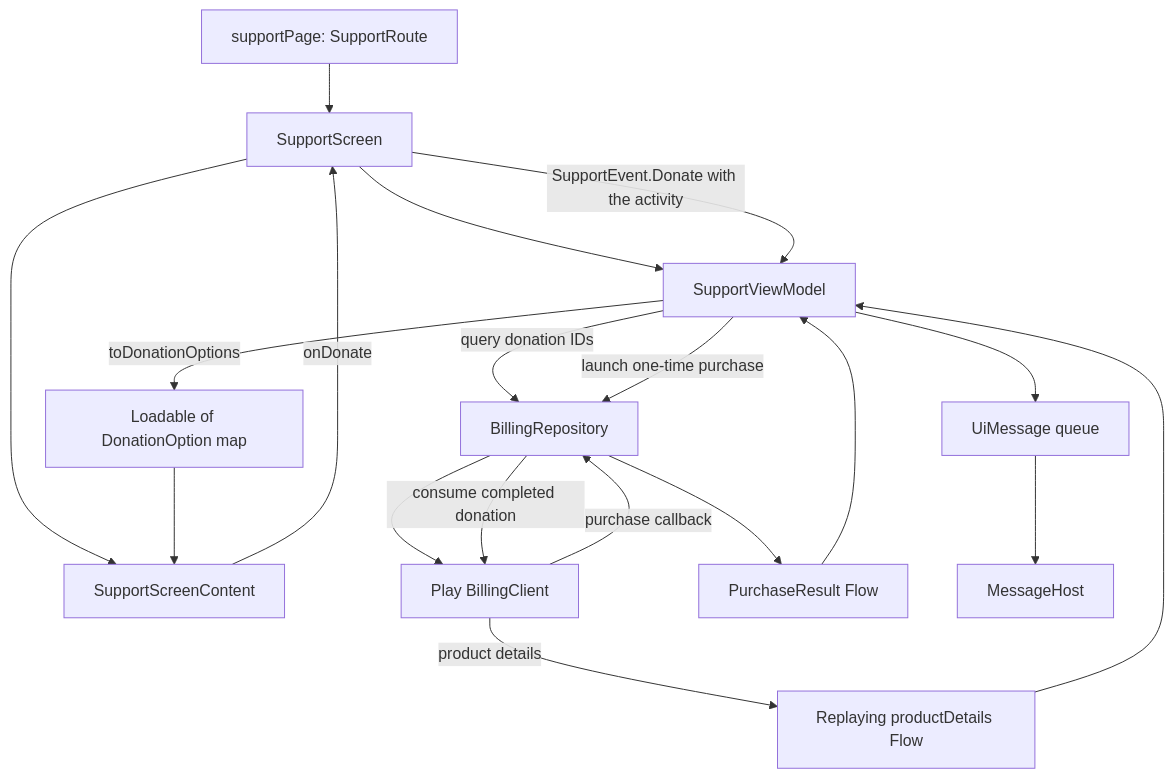
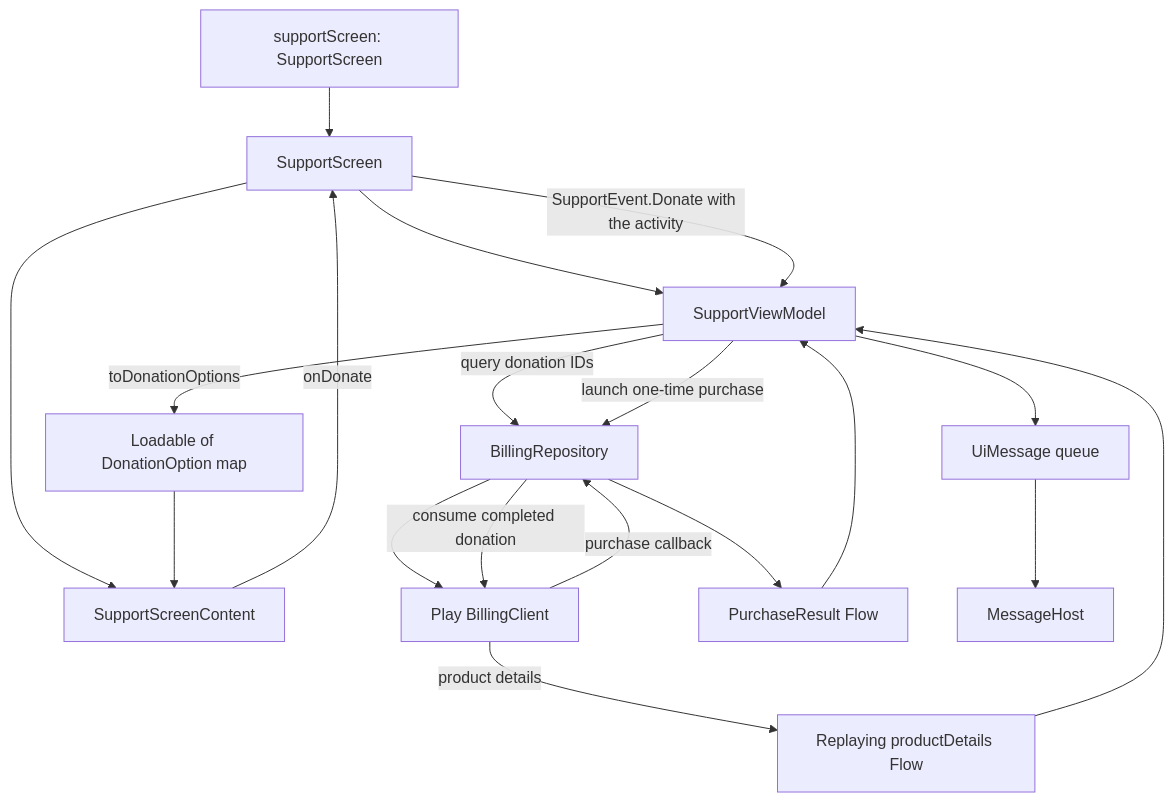
One commit to MihaiCristianCondrea/App-Toolkit-for-Android changed the diagram in library/feature/support/README.md. Above: the diagram before and after it, drawn with Mermaid. The commit also changed other lines of this file and 125 other files, not shown here.

````diff
--- a/library/feature/support/README.md
+++ b/library/feature/support/README.md
@@ -36,21 +36,21 @@
 ```mermaid
 flowchart TD
-    Page[supportPage: SupportRoute] --> Screen[SupportScreen]
+    Page[supportScreen: SupportScreen] --> Screen[SupportScreen]
     Screen --> VM[SupportViewModel]
     Screen --> Content[SupportScreenContent]
     VM -->|query donation IDs| Billing[BillingRepository]
     Billing --> Play[Play BillingClient]
     Play -->|product details| ProductFlow[Replaying productDetails Flow]
     ProductFlow --> VM
     VM -->|toDonationOptions| Options[Loadable of DonationOption map]
     Options --> Content
     Content -->|onDonate| Screen
     Screen -->|SupportEvent.Donate with the activity| VM
     VM -->|launch one-time purchase| Billing
     Play -->|purchase callback| Billing
     Billing -->|consume completed donation| Play
     Billing --> Result[PurchaseResult Flow]
     Result --> VM
     VM --> Messages[UiMessage queue]
     Messages --> Host[MessageHost]
 ```
````
